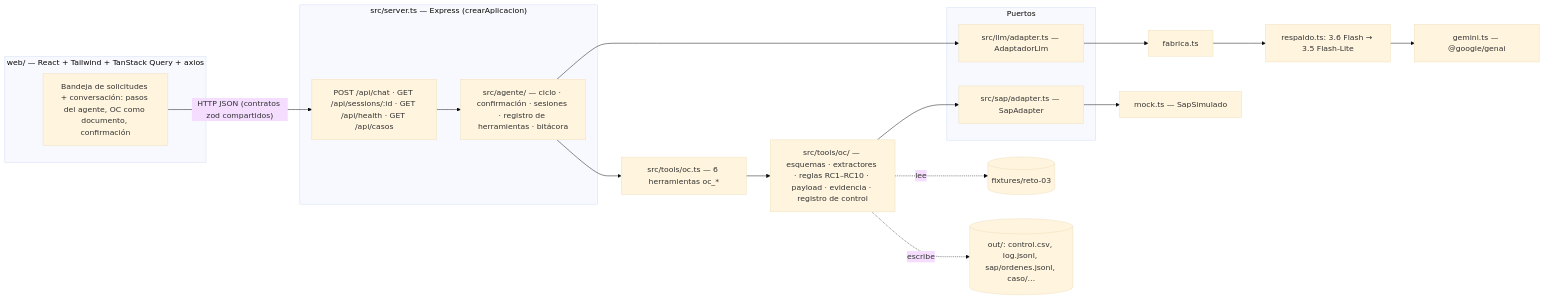
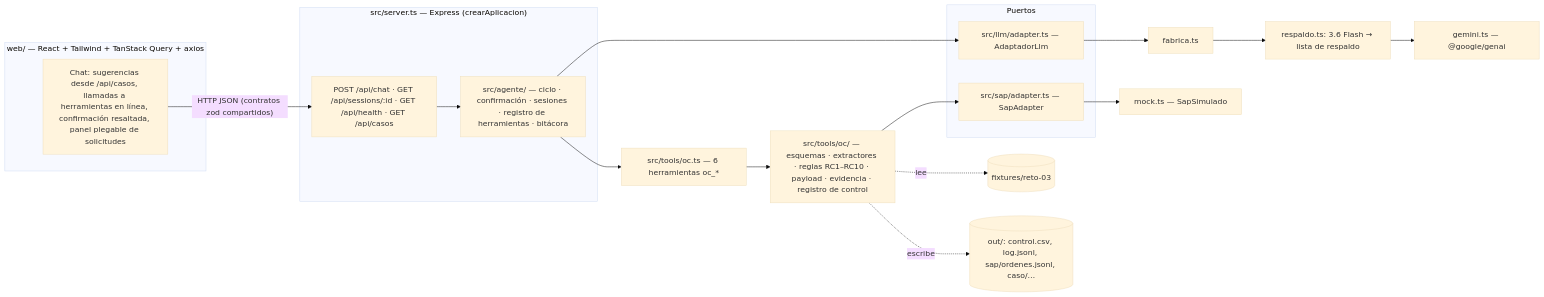
Before and after one commit to JSBeltran93/reto-03-beltran: the first of 2 diagrams in SOLUCION.md, drawn with Mermaid (base theme). The commit also changed other lines of this file and 3 other files, not shown here.

````diff
--- a/SOLUCION.md
+++ b/SOLUCION.md
@@ -49,22 +49,22 @@
 ```mermaid
 flowchart LR
   subgraph Front["web/ — React + Tailwind + TanStack Query + axios"]
-    UI[Bandeja de solicitudes + conversación: pasos del agente, OC como documento, confirmación]
+    UI[Chat: sugerencias desde /api/casos, llamadas a herramientas en línea, confirmación resaltada, panel plegable de solicitudes]
   end
   subgraph Back["src/server.ts — Express (crearAplicacion)"]
     API["POST /api/chat · GET /api/sessions/:id · GET /api/health · GET /api/casos"]
     Ciclo["src/agente/ — ciclo · confirmación · sesiones · registro de herramientas · bitácora"]
   end
   subgraph Puertos
     LLM["src/llm/adapter.ts — AdaptadorLlm"]
     SAP["src/sap/adapter.ts — SapAdapter"]
   end
   Tools["src/tools/oc.ts — 6 herramientas oc_*"]
   Dominio["src/tools/oc/ — esquemas · extractores · reglas RC1–RC10 · payload · evidencia · registro de control"]
   UI -- "HTTP JSON (contratos zod compartidos)" --> API --> Ciclo
   Ciclo --> LLM
-  LLM --> Fabrica["fabrica.ts"] --> Respaldo["respaldo.ts: 3.6 Flash → 3.5 Flash-Lite"] --> Gemini["gemini.ts — @google/genai"]
+  LLM --> Fabrica["fabrica.ts"] --> Respaldo["respaldo.ts: 3.6 Flash → lista de respaldo"] --> Gemini["gemini.ts — @google/genai"]
   Ciclo --> Tools --> Dominio --> SAP --> Mock["mock.ts — SapSimulado"]
   Dominio -. lee .-> Fixtures[(fixtures/reto-03)]
   Dominio -. escribe .-> Out[(out/: control.csv, log.jsonl, sap/ordenes.jsonl, caso/…)]
 ```
````
